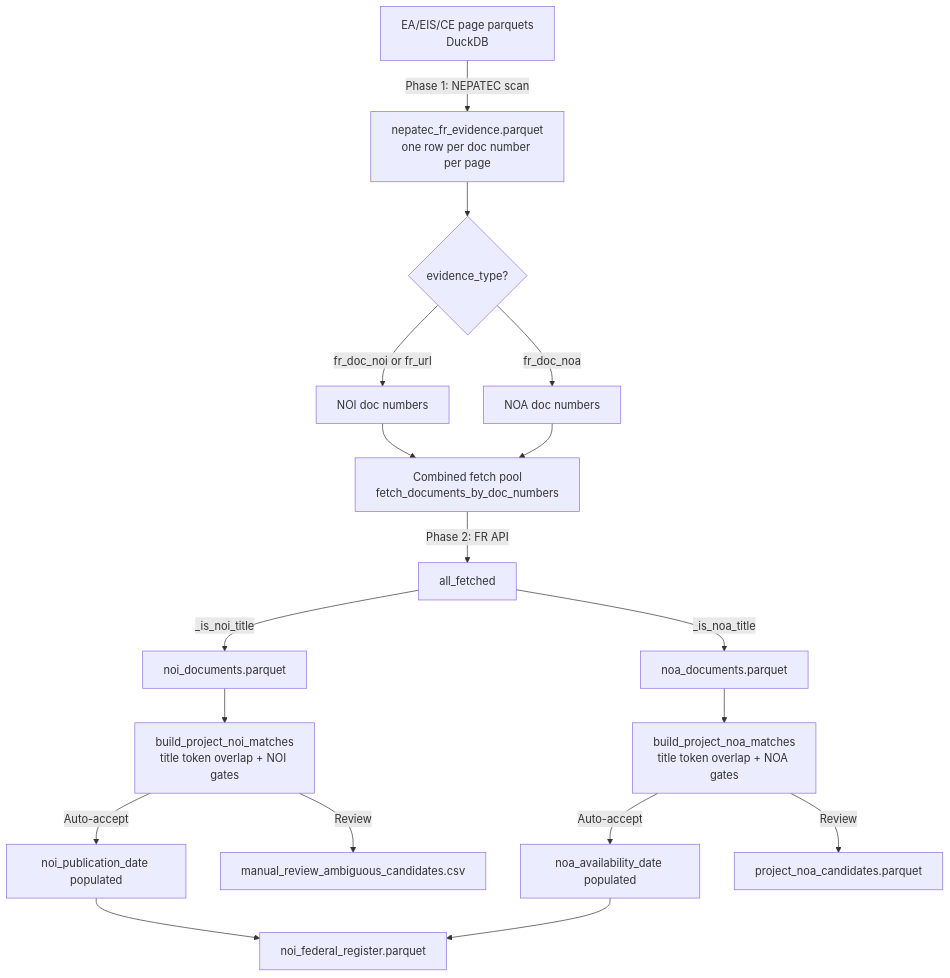
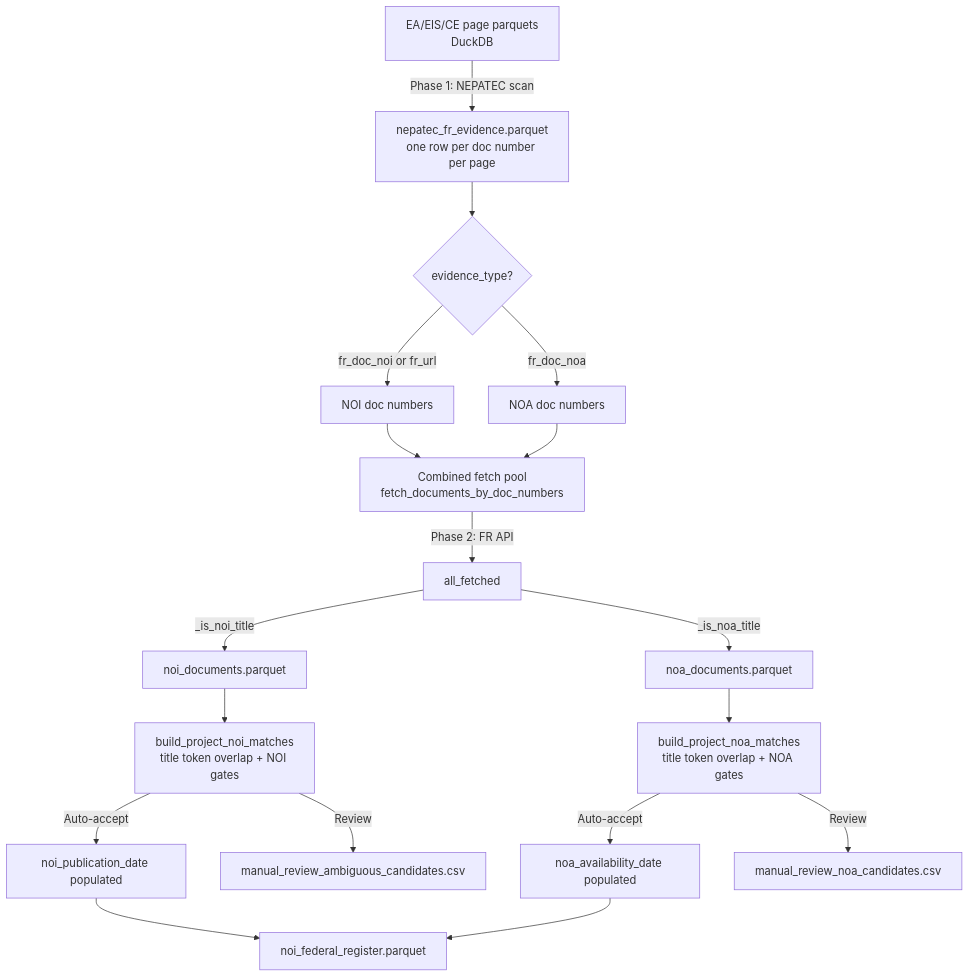
One commit to kaseyzapatka/nepa changed the diagram in phase2/architecture/code/federal_register.md. Above: the diagram before and after it, drawn with Mermaid. The commit also changed other lines of this file and 2 other files, not shown here.

Commit message:
harmonize noa, expand noa, fix noa variable naming

````diff
--- a/phase2/architecture/code/federal_register.md
+++ b/phase2/architecture/code/federal_register.md
@@ -31,18 +31,18 @@
 ```mermaid
 flowchart TD
     A[EA/EIS/CE page parquets\nDuckDB] -->|Phase 1: NEPATEC scan| B[nepatec_fr_evidence.parquet\none row per doc number per page]
     B --> C{evidence_type?}
     C -->|fr_doc_noi or fr_url| D[NOI doc numbers]
     C -->|fr_doc_noa| E[NOA doc numbers]
     D & E --> F[Combined fetch pool\nfetch_documents_by_doc_numbers]
     F -->|Phase 2: FR API| G[all_fetched]
     G -->|_is_noi_title| H[noi_documents.parquet]
     G -->|_is_noa_title| I[noa_documents.parquet]
     H --> J[build_project_noi_matches\ntitle token overlap + NOI gates]
     I --> K[build_project_noa_matches\ntitle token overlap + NOA gates]
     J -->|Auto-accept| L[noi_publication_date populated]
     J -->|Review| M[manual_review_ambiguous_candidates.csv]
     K -->|Auto-accept| N[noa_availability_date populated]
-    K -->|Review| O[project_noa_candidates.parquet]
+    K -->|Review| O[manual_review_noa_candidates.csv]
     L & N --> P[noi_federal_register.parquet]
 ```
````
